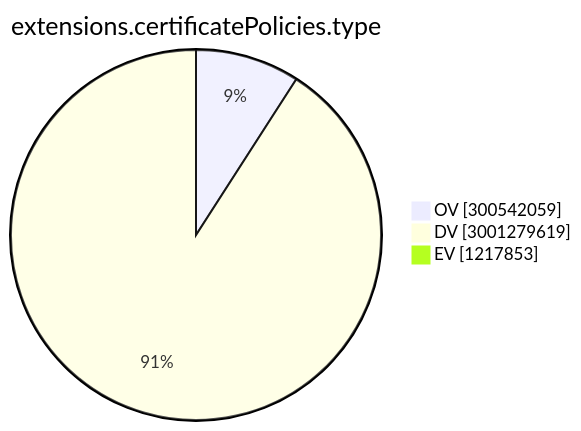
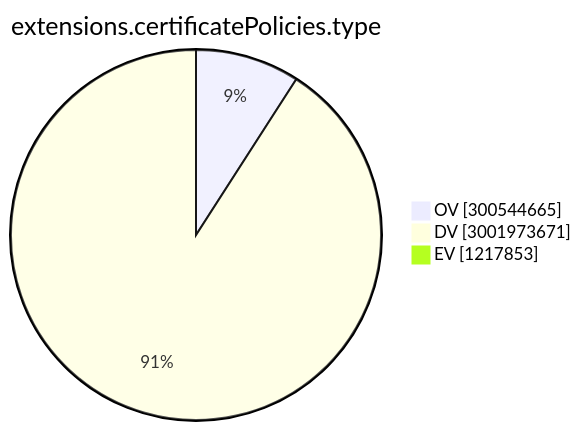
The ninth of 15 diagrams in TOTAL/README.md (christiankrug/ctmonitor_visualization), drawn with Mermaid before and after one commit. The commit also changed other lines of this file, not shown here.

````diff
--- a/TOTAL/README.md
+++ b/TOTAL/README.md
@@ -3102,7 +3102,7 @@
 ```mermaid
 pie showData
 title extensions.certificatePolicies.type
-"OV" :300542059
-"DV" :3001279619
+"OV" :300544665
+"DV" :3001973671
 "EV" :1217853
 ```
````
